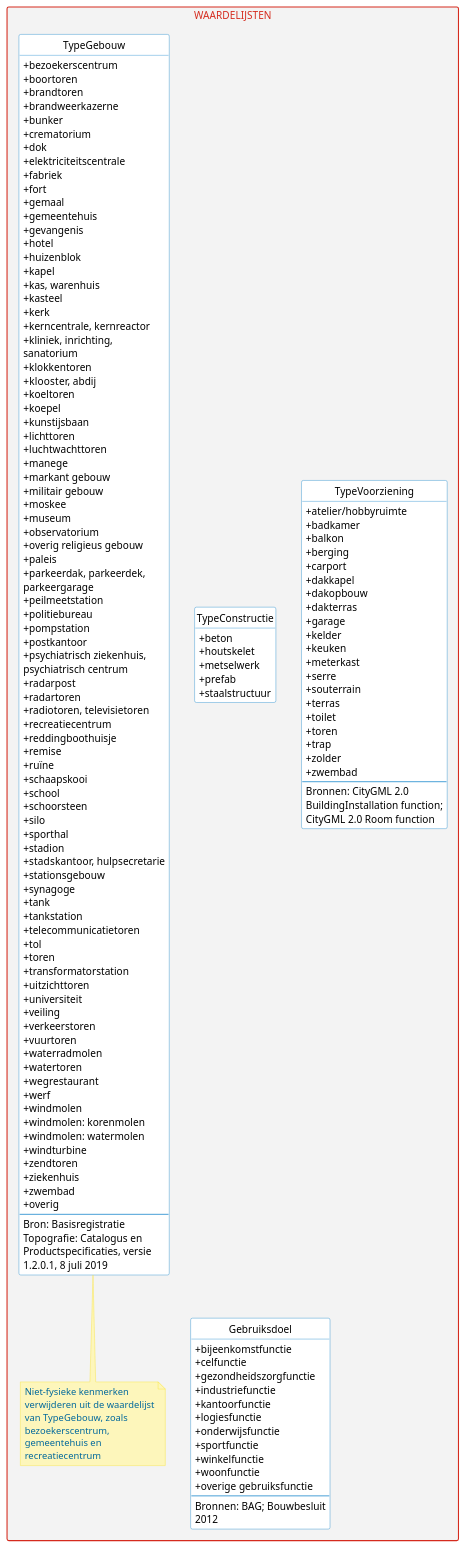
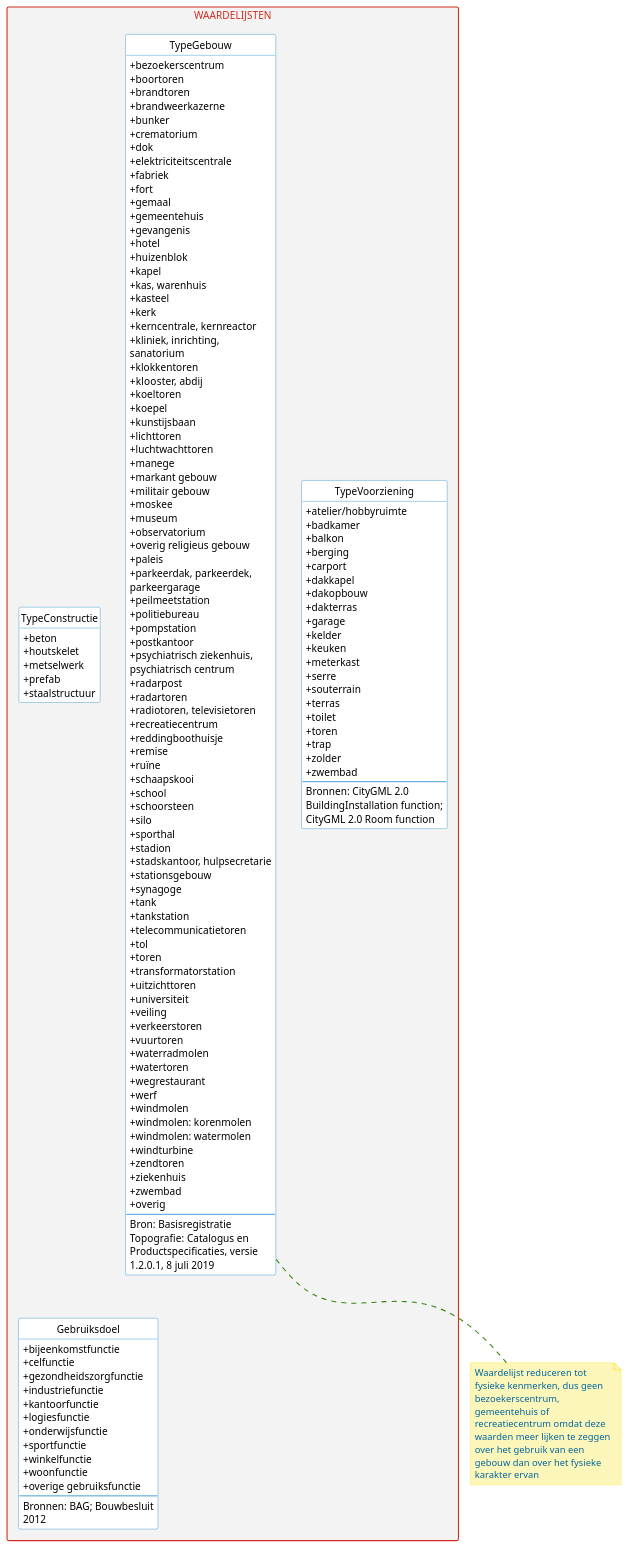
The diagram in model/waardelijsten.puml (geobasisregistraties/werkgroep-bouwwerken), drawn with PlantUML before and after one commit.

```diff
--- a/model/waardelijsten.puml
+++ b/model/waardelijsten.puml
@@ -246,7 +246,8 @@
         Bron: Basisregistratie Topografie: Catalogus en Productspecificaties, versie 1.2.0.1, 8 juli 2019
     }
 
-note bottom of TypeGebouw : Niet-fysieke kenmerken verwijderen uit de waardelijst van TypeGebouw, zoals bezoekerscentrum, gemeentehuis en recreatiecentrum
+}
 
-}
+note bottom of TypeGebouw : Waardelijst reduceren tot fysieke kenmerken, dus geen bezoekerscentrum, gemeentehuis of recreatiecentrum omdat deze waarden meer lijken te zeggen over het gebruik van een gebouw dan over het fysieke karakter ervan
+
 @enduml
```
